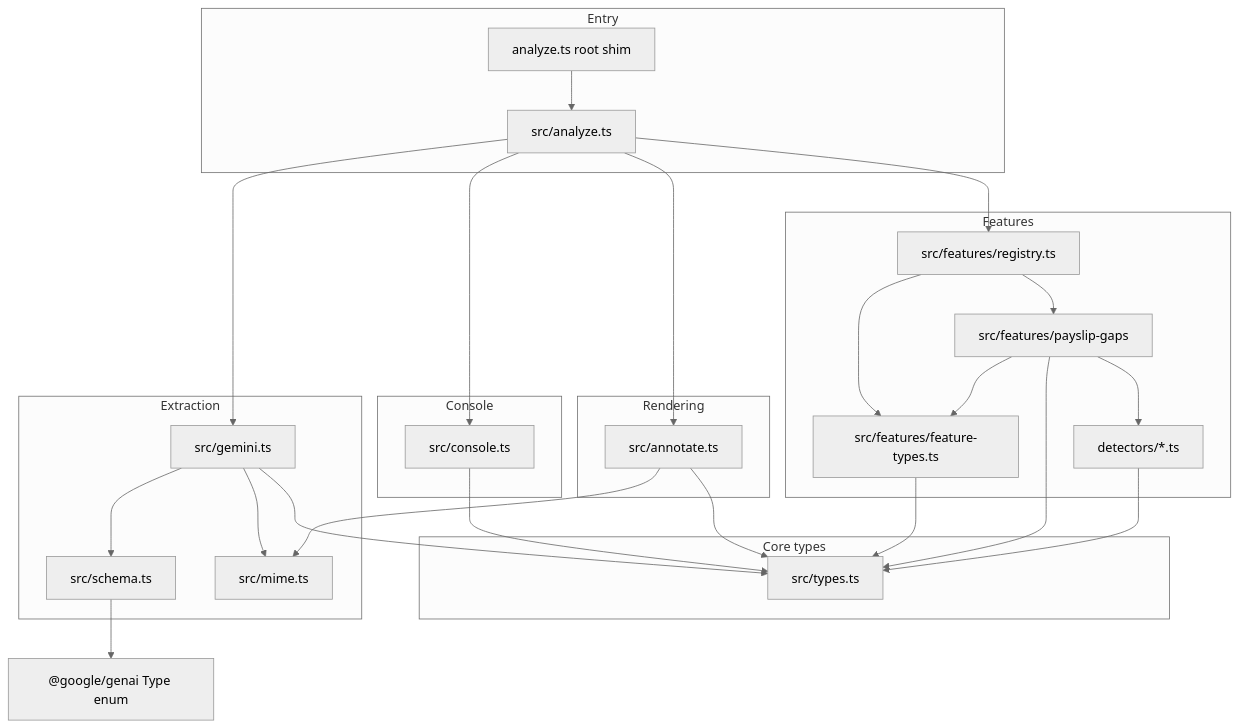
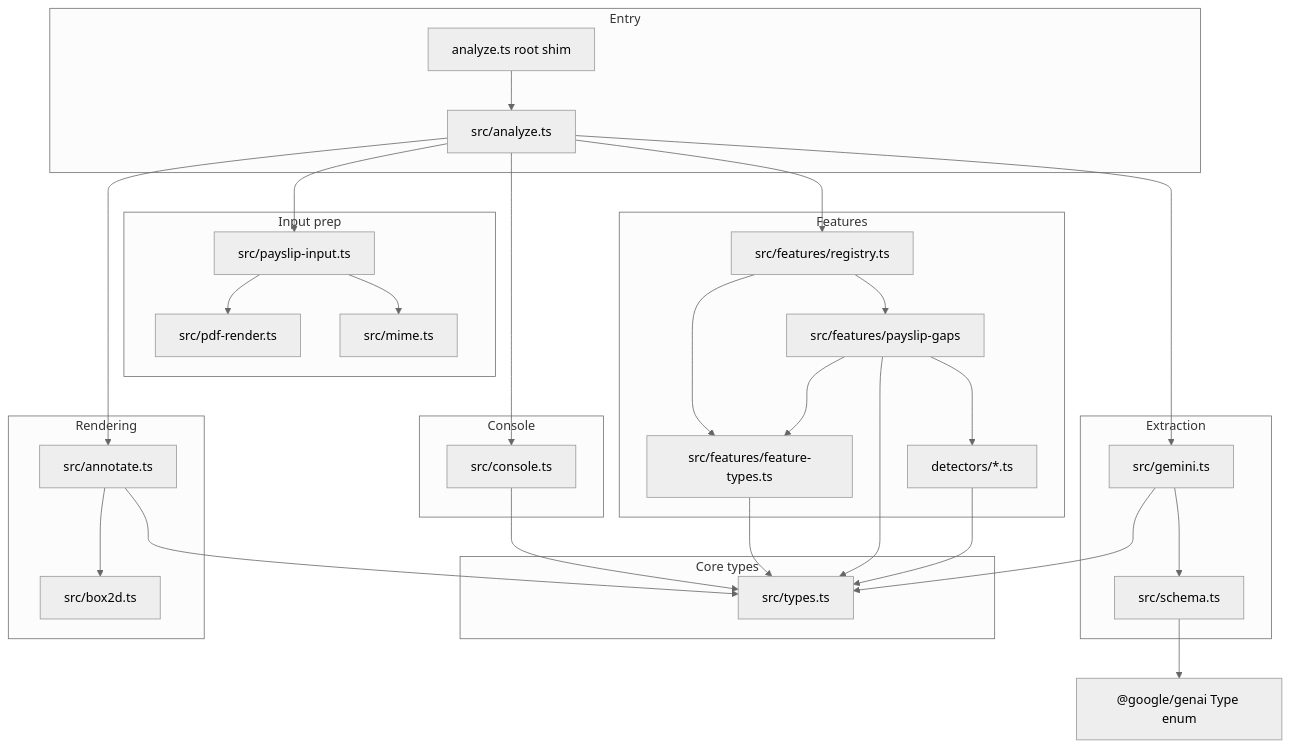
One commit to lirantal/payslip-analyzer changed the second of 2 diagrams in docs/architecture.md. Above: the diagram before and after it, drawn with Mermaid (neutral theme). The commit also changed other lines of this file and 20 other files, not shown here.

Commit message:
feat: refactor to new architecture supporting "plugins" of features and new bounding box architecture

````diff
--- a/docs/architecture.md
+++ b/docs/architecture.md
@@ -65,52 +69,60 @@
 ```mermaid
 flowchart TB
   subgraph entry [Entry]
     RootAnalyze[analyze.ts root shim]
     Main[src/analyze.ts]
   end
 
+  subgraph inputPrep [Input prep]
+    Prepare[src/payslip-input.ts]
+    PdfRender[src/pdf-render.ts]
+    Mime[src/mime.ts]
+  end
+
   subgraph extraction [Extraction]
     Gemini[src/gemini.ts]
     Schema[src/schema.ts]
-    Mime[src/mime.ts]
   end
 
   subgraph core [Core types]
     Types[src/types.ts]
   end
 
   subgraph presentation [Console]
     Console[src/console.ts]
   end
 
   subgraph rendering [Rendering]
     Annotate[src/annotate.ts]
+    Box2d[src/box2d.ts]
   end
 
   subgraph features [Features]
     Registry[src/features/registry.ts]
     FeatureTypes[src/features/feature-types.ts]
     PayslipGaps[src/features/payslip-gaps]
     Detectors[detectors/*.ts]
   end
 
   RootAnalyze --> Main
+  Main --> Prepare
   Main --> Gemini
   Main --> Console
   Main --> Annotate
   Main --> Registry
+  Prepare --> Mime
+  Prepare --> PdfRender
   Gemini --> Schema
-  Gemini --> Mime
   Gemini --> Types
   Console --> Types
-  Annotate --> Mime
+  Annotate --> Box2d
   Annotate --> Types
   Registry --> FeatureTypes
   Registry --> PayslipGaps
   FeatureTypes --> Types
   PayslipGaps --> FeatureTypes
   PayslipGaps --> Types
   PayslipGaps --> Detectors
   Detectors --> Types
   Schema --> GenAI["@google/genai Type enum"]
 ```
````
